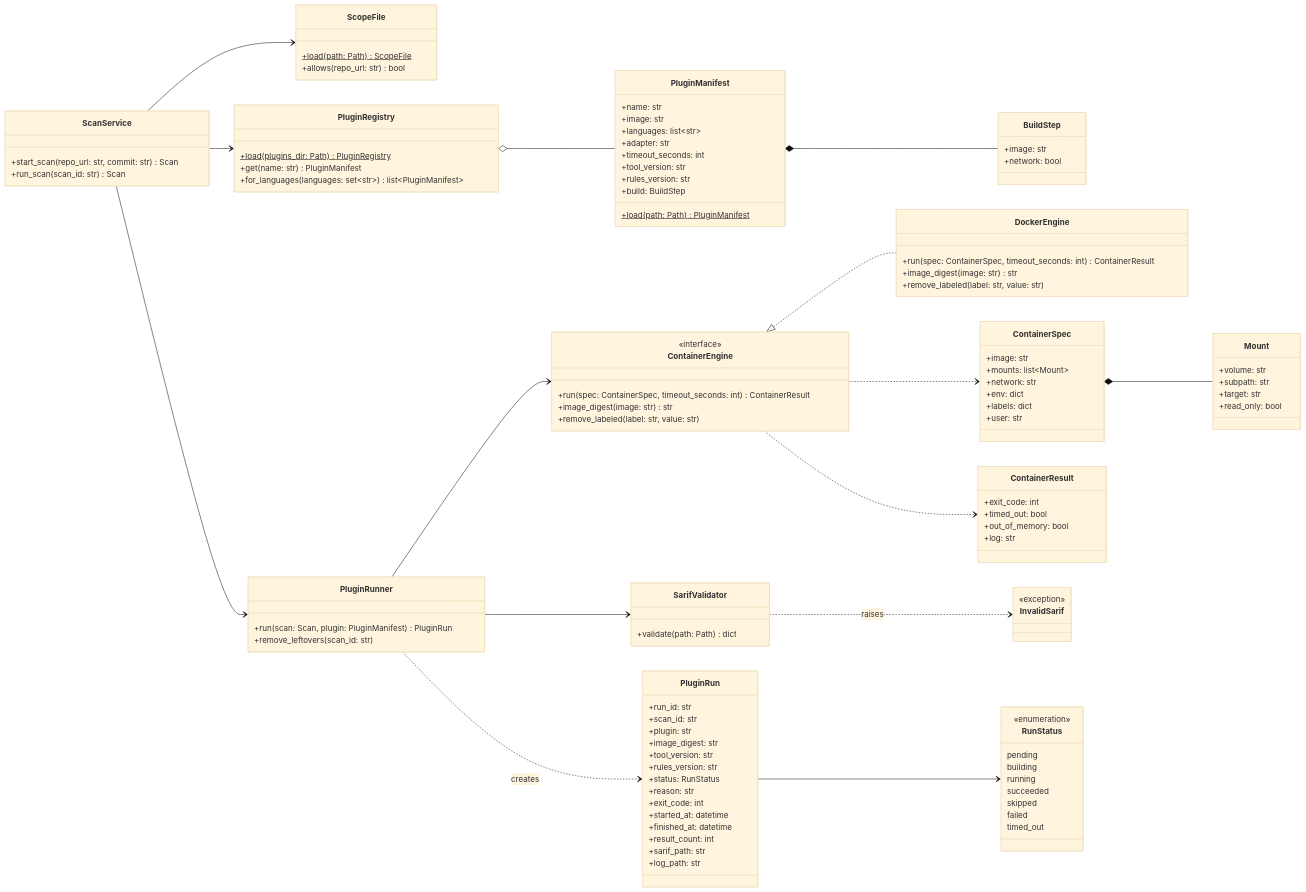
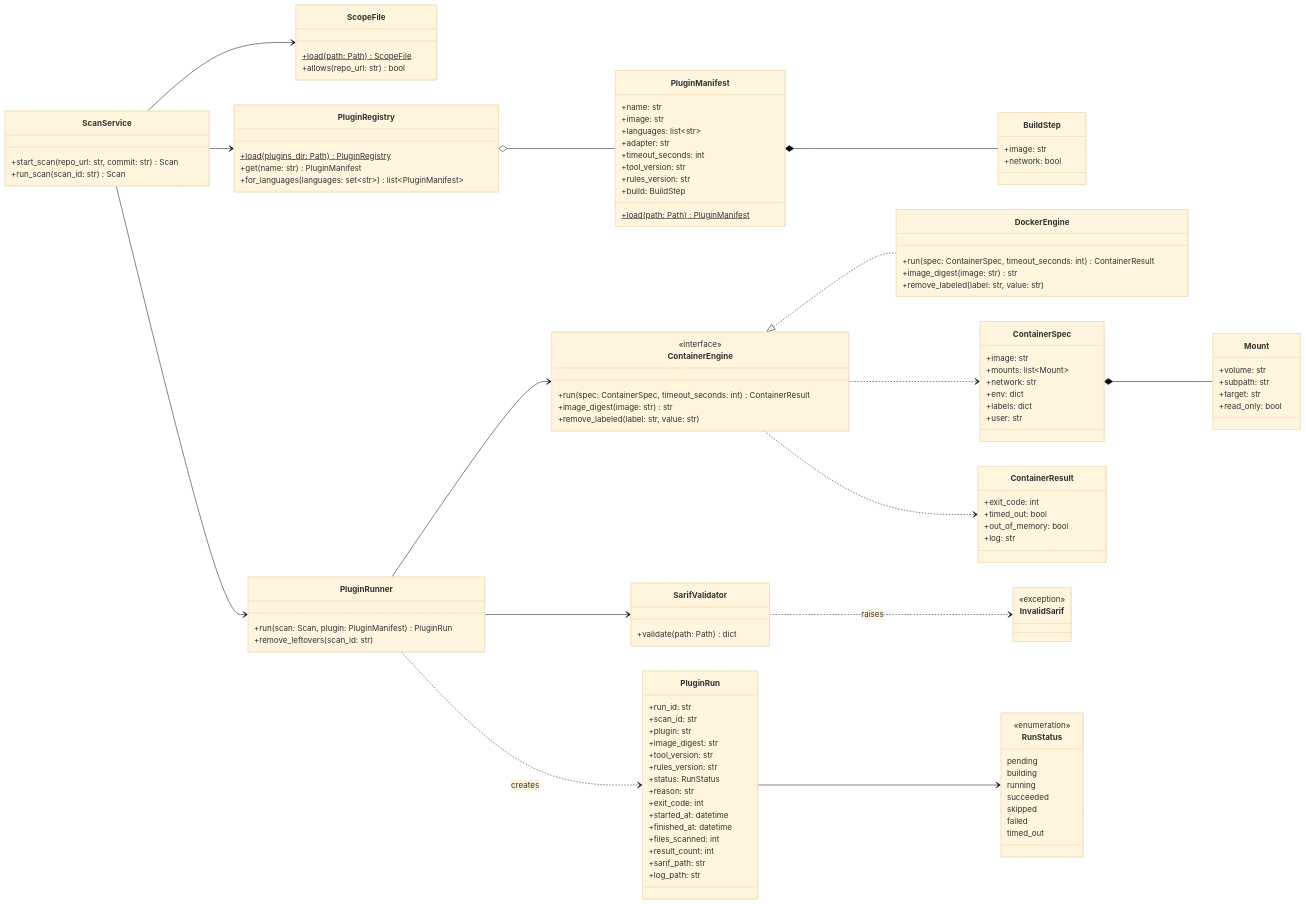
Before and after one commit to sieve-ku-comp491/sieve: the first of 4 diagrams in docs/class-diagrams.md, drawn with Mermaid (base theme). The commit also changed other lines of this file, not shown here.

First line of the commit message:
docs: add scanned file count and secret masking to classes

```diff
--- a/docs/class-diagrams.md
+++ b/docs/class-diagrams.md
@@ -92,6 +92,7 @@
     +exit_code: int
     +started_at: datetime
     +finished_at: datetime
+    +files_scanned: int
     +result_count: int
     +sarif_path: str
     +log_path: str
```
